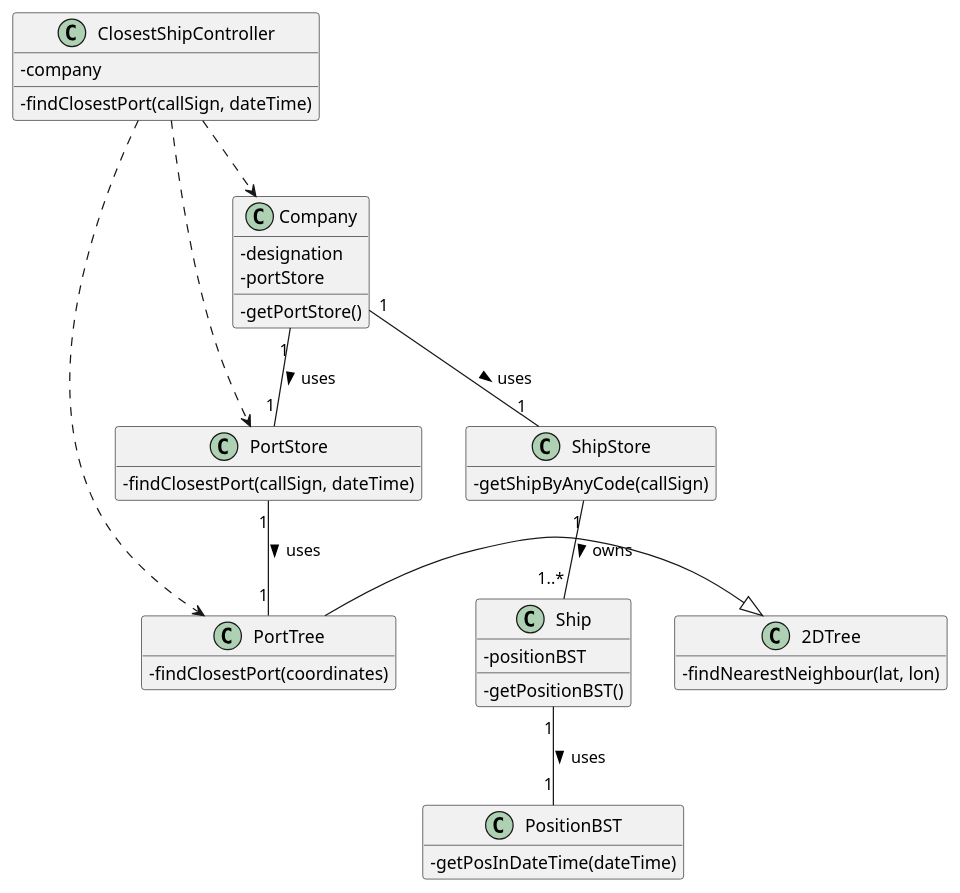
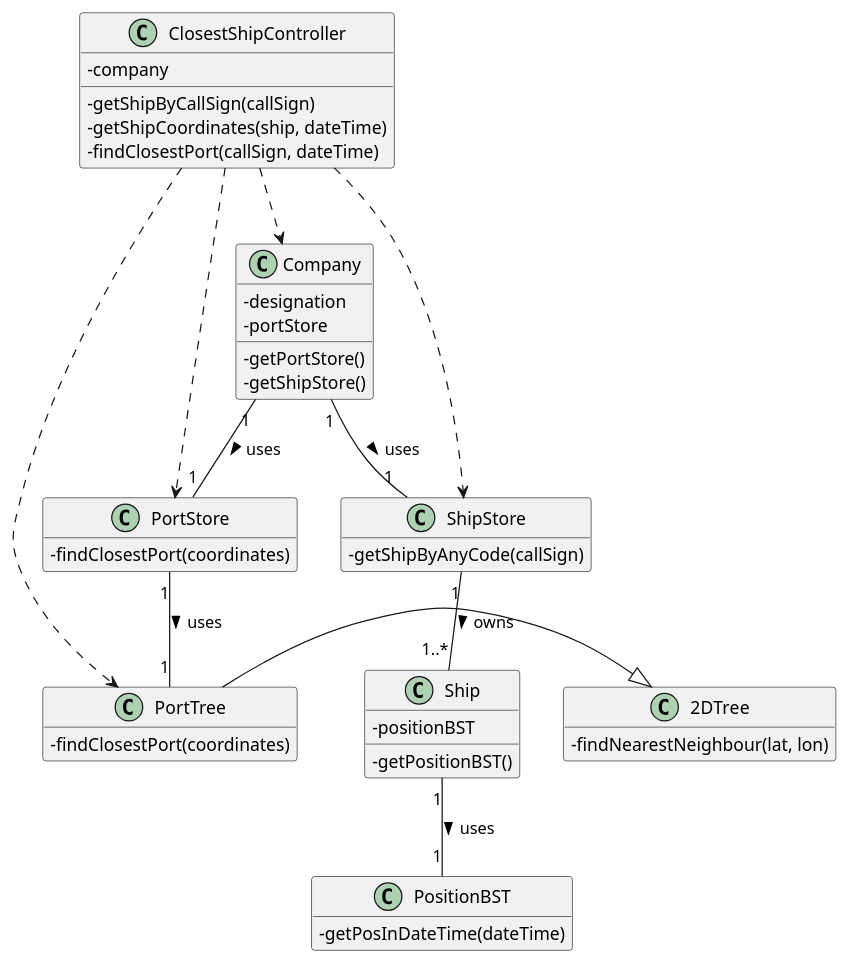
Before and after one commit to ana-albergaria/LAPR3-ISEP: the diagram in docs/US202/US_202_CD.puml, drawn with PlantUML. The commit also changed 1 other file, not shown here.

Commit message:
G54-90 #time 10m #close #comment needed change in CD

```diff
--- a/docs/US202/US_202_CD.puml
+++ b/docs/US202/US_202_CD.puml
@@ -1,56 +1,61 @@
 @startuml
 
 hide empty methods
 hide empty attributes
 'left to right direction
 skinparam classAttributeIconSize 0
 
 class ClosestShipController {
 -company
-- findClosestPort(callSign, dateTime)
+-getShipByCallSign(callSign)
+-getShipCoordinates(ship, dateTime)
+-findClosestPort(callSign, dateTime)
 }
 
 class Ship {
 -positionBST
 -getPositionBST()
 }
 
 class ShipStore {
 -getShipByAnyCode(callSign)
 }
 
 class PositionBST {
 -getPosInDateTime(dateTime)
 }
 
 class Company {
 - designation
 - portStore
 - getPortStore()
+-getShipStore()
 }
 
 class PortStore {
-- findClosestPort(callSign, dateTime)
+- findClosestPort(coordinates)
 }
 
 class PortTree {
 - findClosestPort(coordinates)
 }
 
 class 2DTree{
 -findNearestNeighbour(lat, lon)
 }
 
 Company "1" -- "1" PortStore : uses >
 Company "1" -- "1" ShipStore : uses >
 ShipStore "1" -- "1..*" Ship : owns >
 Ship "1" -- "1" PositionBST : uses >
 PortStore "1" -- "1" PortTree : uses >
 ClosestShipController ..> Company
 ClosestShipController ..> PortTree
 ClosestShipController ..> PortStore
+ClosestShipController ..> ShipStore
+
 PortTree -|> 2DTree
 
 
 
 @enduml
```
